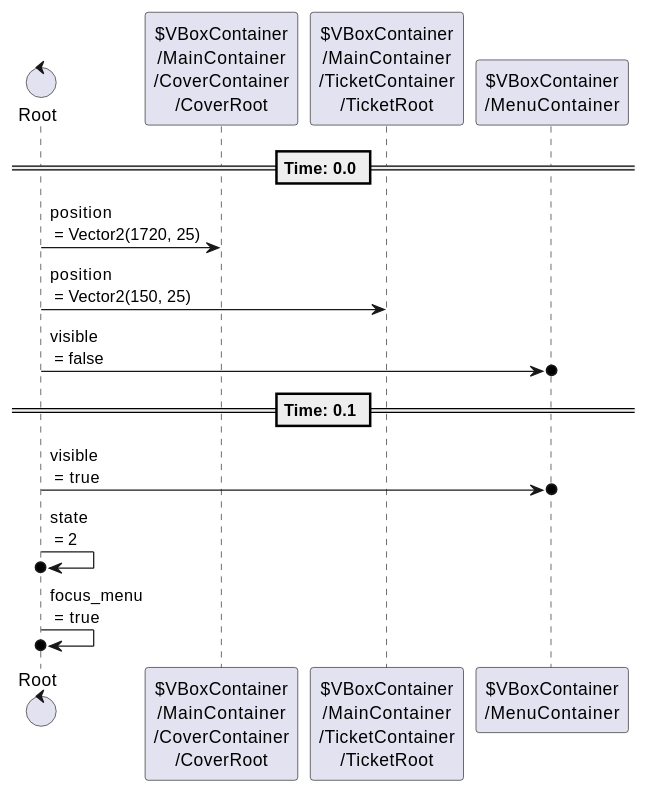
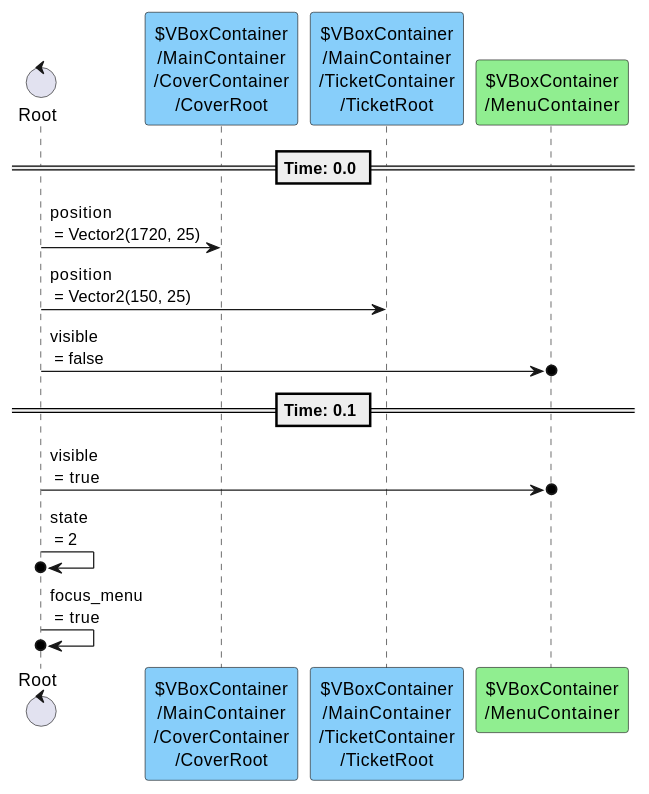
Before and after one commit to tkmfujise/Platformer-Game-Learning: the fifth of 7 diagrams in content/scenes/src/account/account.tscn.adoc, drawn with PlantUML. The commit also changed other lines of this file and 67 other files, not shown here.

```diff
--- a/content/scenes/src/account/account.tscn.adoc
+++ b/content/scenes/src/account/account.tscn.adoc
@@ -573,20 +573,20 @@
 [plantuml]
 ....
 control "Root" as R
-participant "$VBoxContainer\n/MainContainer\n/CoverContainer\n/CoverRoot" as T0
-participant "$VBoxContainer\n/MainContainer\n/TicketContainer\n/TicketRoot" as T1
-participant "$VBoxContainer\n/MenuContainer" as T2
+participant "$VBoxContainer\n/MainContainer\n/CoverContainer\n/CoverRoot" as T0 #87CEFA
+participant "$VBoxContainer\n/MainContainer\n/TicketContainer\n/TicketRoot" as T1 #87CEFA
+participant "$VBoxContainer\n/MenuContainer" as T2 #90EE90
 
 
 
 == Time: 0.0 ==
 R  ->  T0 : position\n = Vector2(1720, 25)
 R  ->  T1 : position\n = Vector2(150, 25)
 R  ->o  T2 : visible\n = false
 == Time: 0.1 ==
 R  ->o  T2 : visible\n = true
 R  ->o  R : state\n = 2
 R  ->o  R : focus_menu\n = true
 
 
 ....
```
